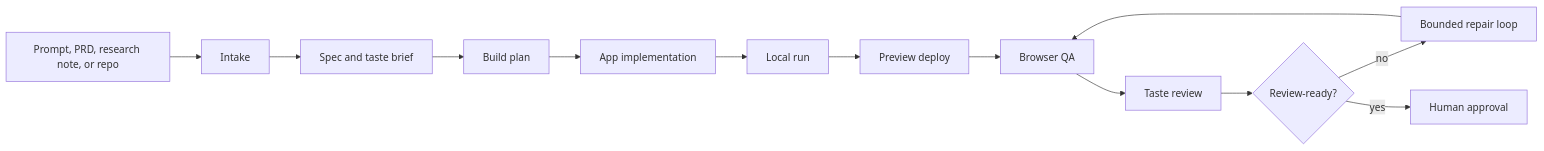
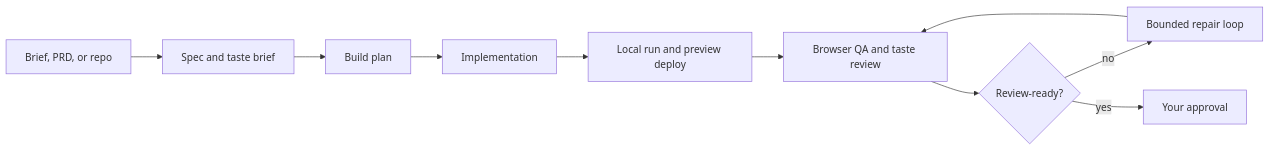
The diagram in README.md (chrissotraidis/RDS), drawn with Mermaid before and after one commit. The commit also changed other lines of this file and 9 other files, not shown here.

````diff
--- a/README.md
+++ b/README.md
@@ -21,15 +112,12 @@
 ```mermaid
 flowchart LR
-  A[Prompt, PRD, research note, or repo] --> B[Intake]
-  B --> C[Spec and taste brief]
-  C --> D[Build plan]
-  D --> E[App implementation]
-  E --> F[Local run]
-  F --> G[Preview deploy]
-  G --> H[Browser QA]
-  H --> I[Taste review]
-  I --> J{Review-ready?}
-  J -- no --> K[Bounded repair loop]
-  K --> H
-  J -- yes --> L[Human approval]
+  A[Brief, PRD, or repo] --> B[Spec and taste brief]
+  B --> C[Build plan]
+  C --> D[Implementation]
+  D --> E[Local run and preview deploy]
+  E --> F[Browser QA and taste review]
+  F --> G{Review-ready?}
+  G -- no --> H[Bounded repair loop]
+  H --> F
+  G -- yes --> I[Your approval]
 ```
````
